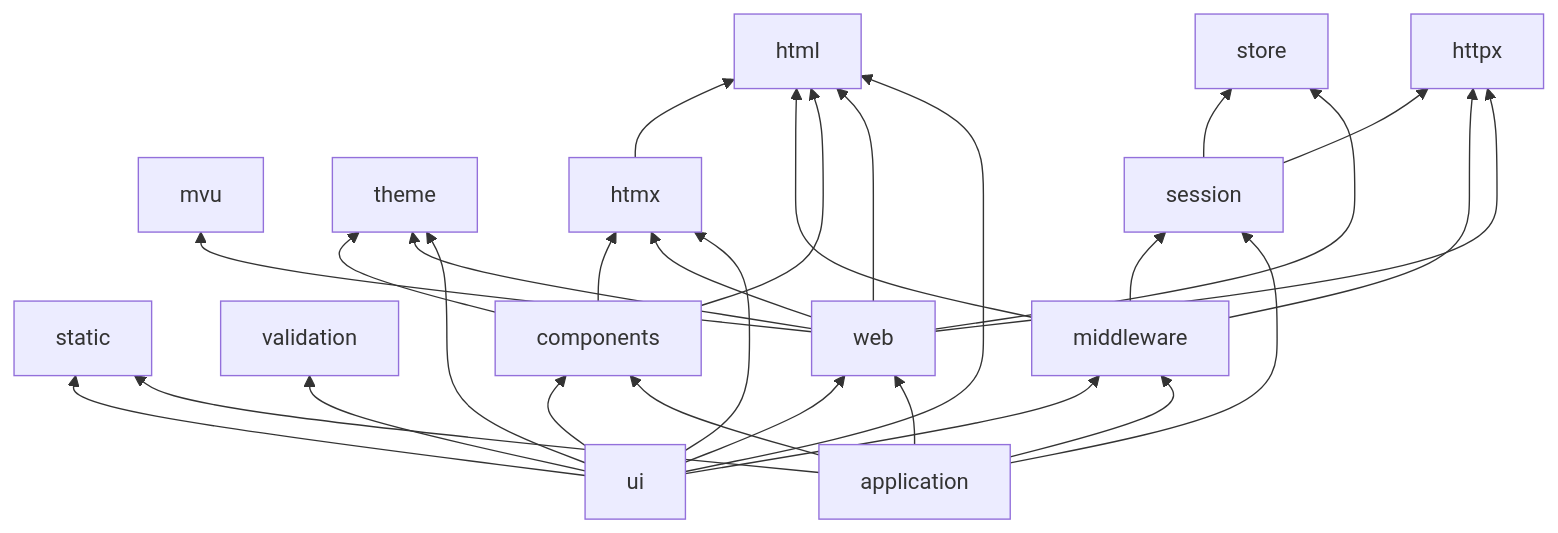
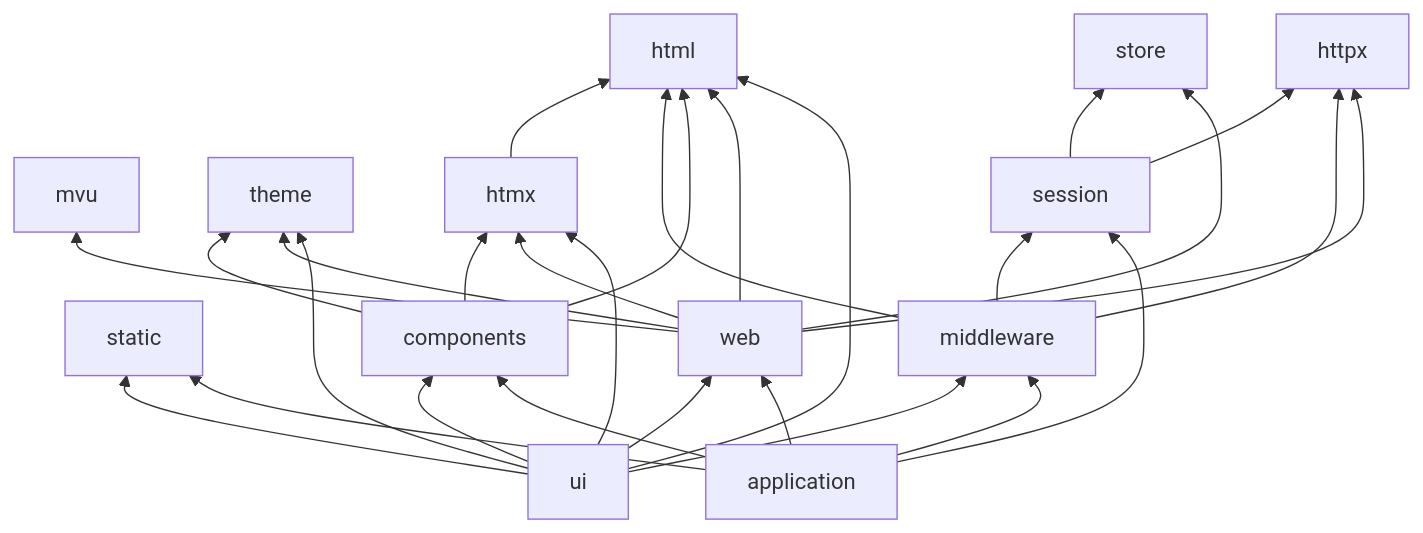
One commit to dmundt/go-mvu changed the first of 2 diagrams in docs/architecture.md. Above: the diagram before and after it, drawn with Mermaid. The commit also changed other lines of this file and 23 other files, not shown here.

First line of the commit message:
refactor!: merge form validation into web

````diff
--- a/docs/architecture.md
+++ b/docs/architecture.md
@@ -71,11 +70,11 @@
 ```mermaid
 flowchart BT
-  html; mvu; store; theme; static; validation; httpx
+  html; mvu; store; theme; static; httpx
   htmx --> html
   session --> store & httpx
   middleware --> html & session & httpx
   components --> html & htmx & theme
   web --> mvu & html & htmx & store & theme & httpx
-  ui --> components & html & htmx & middleware & static & theme & validation & web
+  ui --> components & html & htmx & middleware & static & theme & web
   app[application] --> web & components & middleware & session & static
 ```
````
